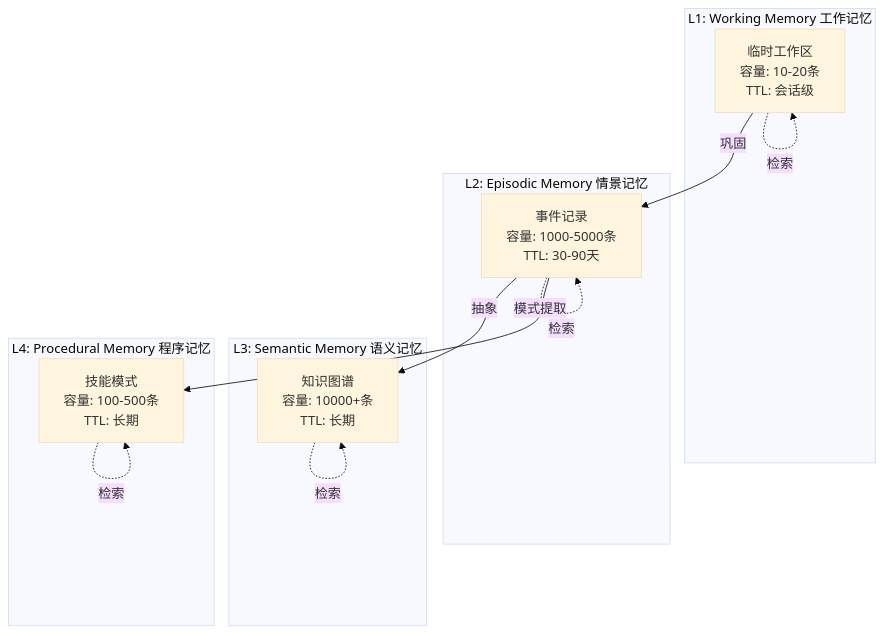
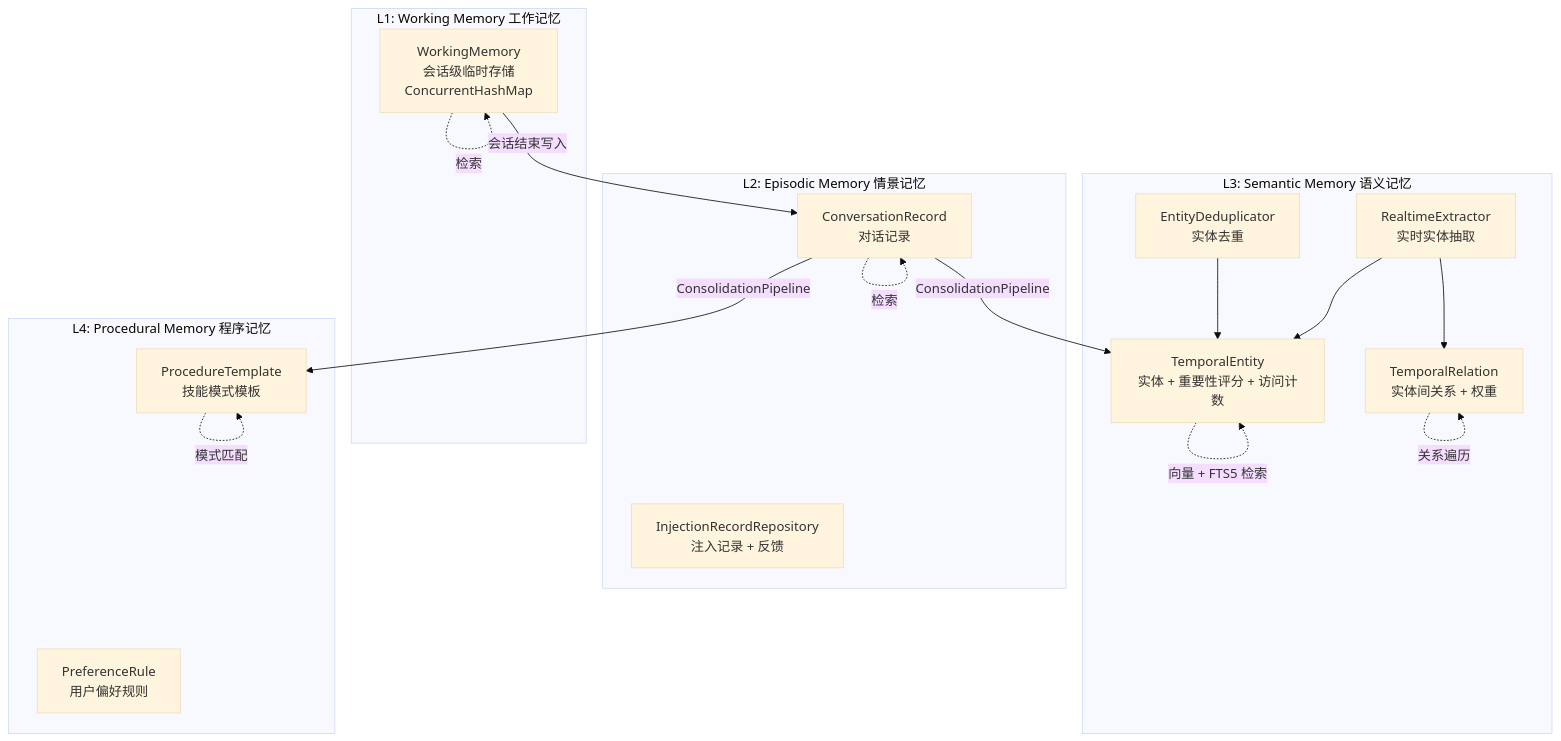
Before and after one commit to ntygod/LifePilot: the eighth of 35 diagrams in ARCHITECTURE-DIAGRAMS.md, drawn with Mermaid (base theme). The commit also changed other lines of this file and 2 other files, not shown here.

````diff
--- a/ARCHITECTURE-DIAGRAMS.md
+++ b/ARCHITECTURE-DIAGRAMS.md
@@ -320,27 +439,36 @@
 ```mermaid
 graph TB
     subgraph "L1: Working Memory 工作记忆"
-        WM[临时工作区<br/>容量: 10-20条<br/>TTL: 会话级]
+        WM[WorkingMemory<br/>会话级临时存储<br/>ConcurrentHashMap]
     end
 
     subgraph "L2: Episodic Memory 情景记忆"
-        EM[事件记录<br/>容量: 1000-5000条<br/>TTL: 30-90天]
+        CR[ConversationRecord<br/>对话记录]
+        IR[InjectionRecordRepository<br/>注入记录 + 反馈]
     end
 
     subgraph "L3: Semantic Memory 语义记忆"
-        SM[知识图谱<br/>容量: 10000+条<br/>TTL: 长期]
+        TE[TemporalEntity<br/>实体 + 重要性评分 + 访问计数]
+        TR[TemporalRelation<br/>实体间关系 + 权重]
+        RE[RealtimeExtractor<br/>实时实体抽取]
+        Dedup[EntityDeduplicator<br/>实体去重]
     end
 
     subgraph "L4: Procedural Memory 程序记忆"
-        PM[技能模式<br/>容量: 100-500条<br/>TTL: 长期]
+        PT[ProcedureTemplate<br/>技能模式模板]
+        PR[PreferenceRule<br/>用户偏好规则]
     end
 
-    WM -->|巩固| EM
-    EM -->|抽象| SM
-    EM -->|模式提取| PM
-    
+    WM -->|会话结束写入| CR
+    CR -->|ConsolidationPipeline| TE
+    CR -->|ConsolidationPipeline| PT
+    RE --> TE
+    RE --> TR
+    Dedup --> TE
+
     WM -.->|检索| WM
-    EM -.->|检索| EM
-    SM -.->|检索| SM
-    PM -.->|检索| PM
+    CR -.->|检索| CR
+    TE -.->|向量 + FTS5 检索| TE
+    TR -.->|关系遍历| TR
+    PT -.->|模式匹配| PT
 ```
````
